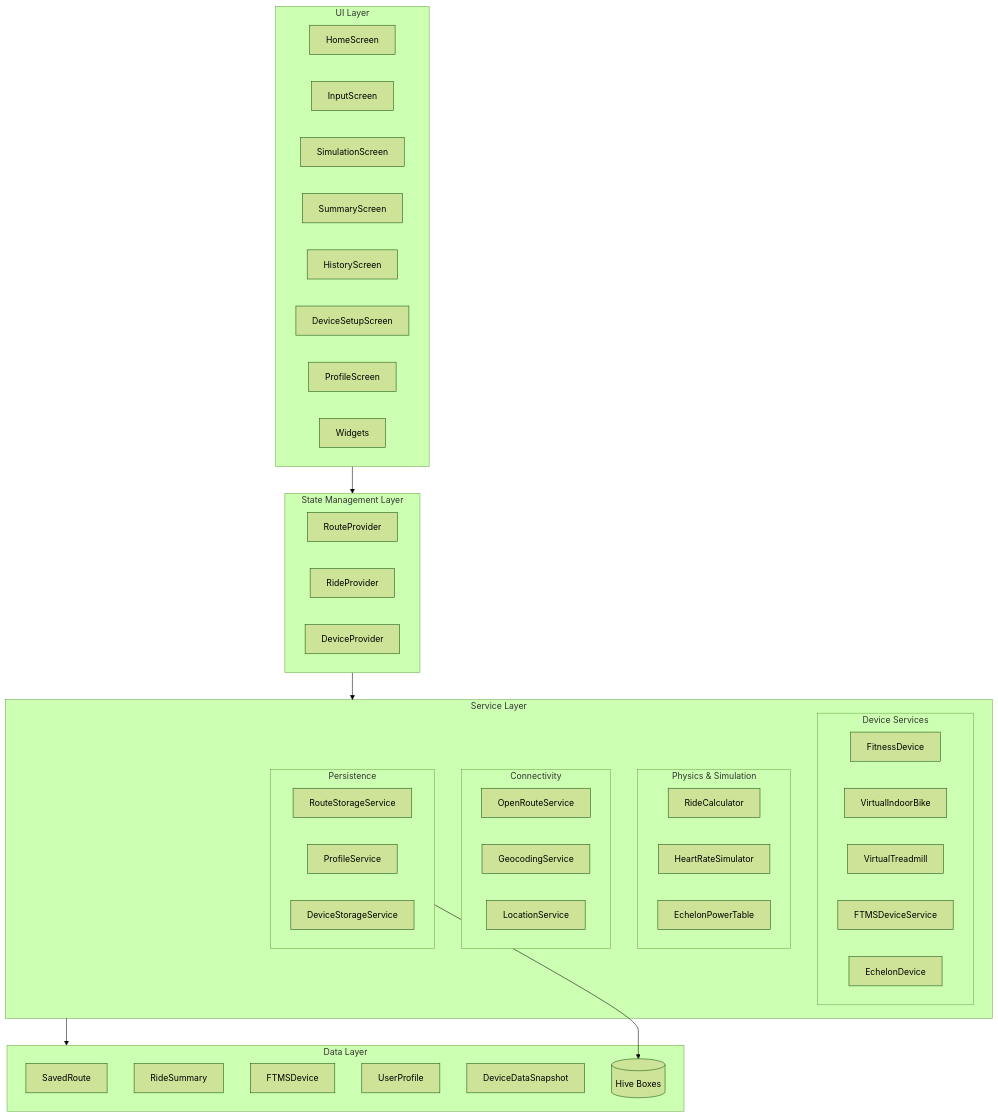
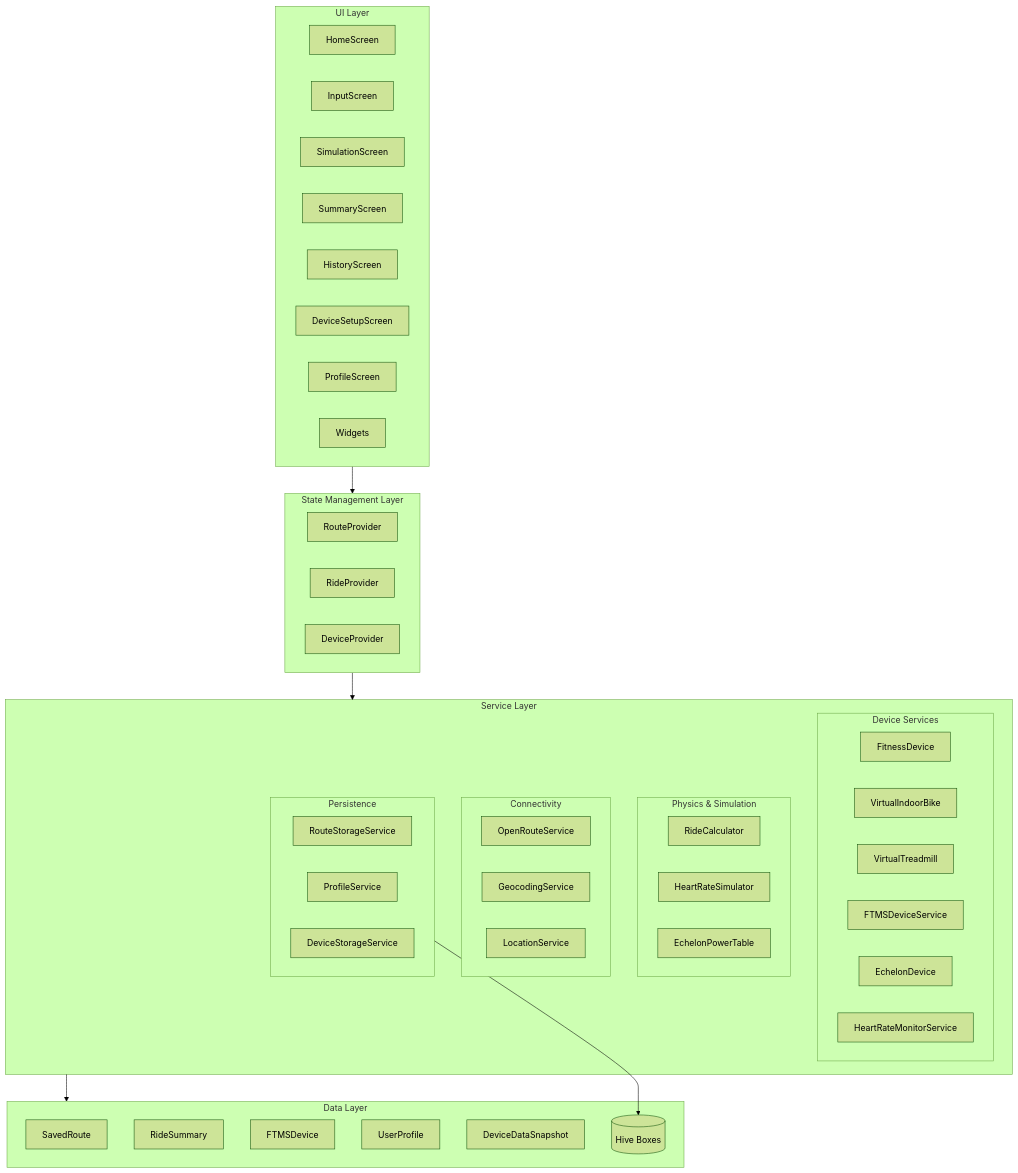
Before and after one commit to jackxuhong/free_ride: the first of 7 diagrams in docs/architecture.md, drawn with Mermaid (forest theme). The commit also changed other lines of this file and 20 other files, not shown here.

First line of the commit message:
feat: Add Heart Rate Monitor support and related functionality

````diff
--- a/docs/architecture.md
+++ b/docs/architecture.md
@@ -9,58 +9,59 @@
 ```mermaid
 graph TB
     subgraph UI["UI Layer"]
         HS[HomeScreen]
         IS[InputScreen]
         SS[SimulationScreen]
         SU[SummaryScreen]
         HI[HistoryScreen]
         DS[DeviceSetupScreen]
         PS[ProfileScreen]
         W[Widgets]
     end
 
     subgraph State["State Management Layer"]
         RP[RouteProvider]
         RIP[RideProvider]
         DP[DeviceProvider]
     end
 
     subgraph Services["Service Layer"]
         subgraph Device["Device Services"]
             FD[FitnessDevice]
             VB[VirtualIndoorBike]
             VT[VirtualTreadmill]
             FTMS[FTMSDeviceService]
             ECH[EchelonDevice]
+            HRMS[HeartRateMonitorService]
         end
         subgraph Physics["Physics & Simulation"]
             RC[RideCalculator]
             HRS[HeartRateSimulator]
             EPT[EchelonPowerTable]
         end
         subgraph Connect["Connectivity"]
             ORS[OpenRouteService]
             GCS[GeocodingService]
             LS[LocationService]
         end
         subgraph Persist["Persistence"]
             RSS[RouteStorageService]
             PRS[ProfileService]
             DSS[DeviceStorageService]
         end
     end
 
     subgraph Data["Data Layer"]
         SR[SavedRoute]
         RS[RideSummary]
         FTD[FTMSDevice]
         UP[UserProfile]
         DDS[DeviceDataSnapshot]
         HIVE[(Hive Boxes)]
     end
 
     UI --> State
     State --> Services
     Services --> Data
     Persist --> HIVE
 ```
````
